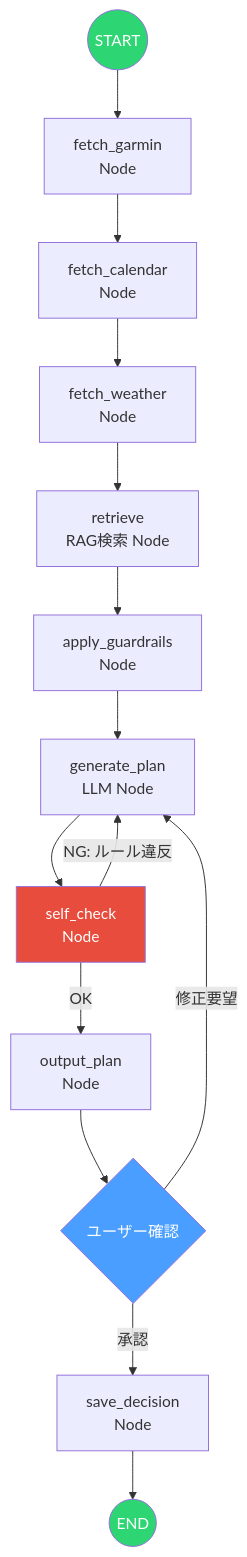
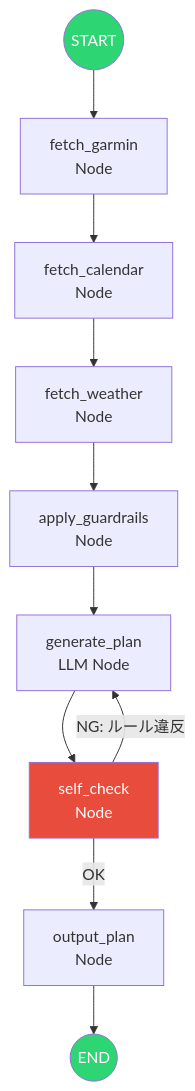
One commit to fuzztarou/run-coach changed the diagram in docs/phase3-langgraph.md. Above: the diagram before and after it, drawn with Mermaid. The commit also changed other lines of this file and 1 other file, not shown here.

````diff
--- a/docs/phase3-langgraph.md
+++ b/docs/phase3-langgraph.md
@@ -11,25 +12,19 @@
 ```mermaid
 flowchart TB
     START((START))
     START --> FG[fetch_garmin<br>Node]
     FG --> FC[fetch_calendar<br>Node]
     FC --> FW[fetch_weather<br>Node]
-    FW --> RET[retrieve<br>RAG検索 Node]
-    RET --> GR[apply_guardrails<br>Node]
+    FW --> GR[apply_guardrails<br>Node]
     GR --> GEN[generate_plan<br>LLM Node]
     GEN --> CHK[self_check<br>Node]
 
     CHK -->|OK| OUT[output_plan<br>Node]
     CHK -->|NG: ルール違反| GEN
 
-    OUT --> UF{ユーザー確認}
-    UF -->|承認| SAVE[save_decision<br>Node]
-    UF -->|修正要望| GEN
-
-    SAVE --> END((END))
+    OUT --> END((END))
 
     style START fill:#2ed573,color:#fff
     style END fill:#2ed573,color:#fff
     style CHK fill:#e74c3c,color:#fff
-    style UF fill:#4a9eff,color:#fff
 ```
````
